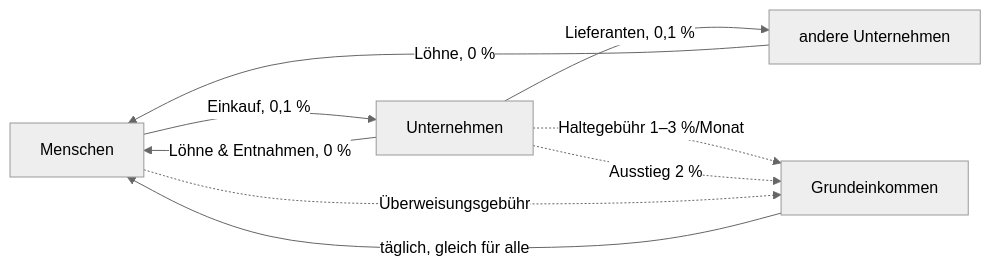
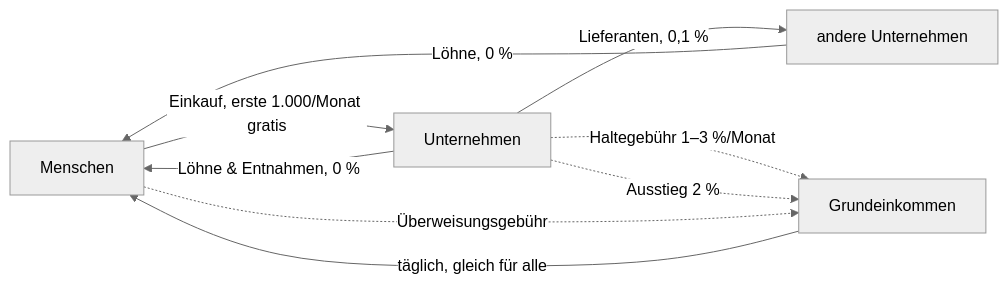
Before and after one commit to hanoi96international-gif/Aequitas: the diagram in docs/UNTERNEHMEN_KONZEPT.md, drawn with Mermaid (neutral theme). The commit also changed other lines of this file, not shown here.

First line of the commit message:
docs(unternehmen): Fairness-Garantie fuer Menschen, Zahlen fuer Menschen nachgeschaerft

````diff
--- a/docs/UNTERNEHMEN_KONZEPT.md
+++ b/docs/UNTERNEHMEN_KONZEPT.md
@@ -162,11 +205,11 @@
 ```mermaid
 flowchart LR
-    M[Menschen] -- Einkauf, 0,1 % --> U[Unternehmen]
+    M[Menschen] -- Einkauf, erste 1.000/Monat gratis --> U[Unternehmen]
     U -- Löhne & Entnahmen, 0 % --> M
     U -- Lieferanten, 0,1 % --> U2[andere Unternehmen]
     U2 -- Löhne, 0 % --> M
     U -. Haltegebühr 1–3 %/Monat .-> G[Grundeinkommen]
     U -. Ausstieg 2 % .-> G
     M -. Überweisungsgebühr .-> G
     G -- täglich, gleich für alle --> M
 ```
````
